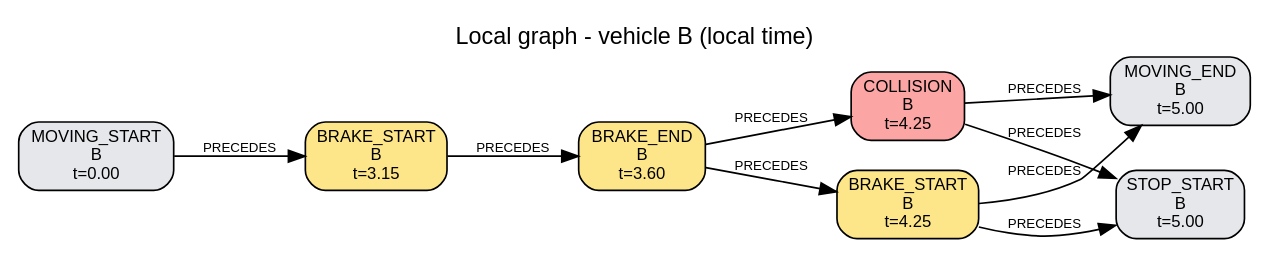
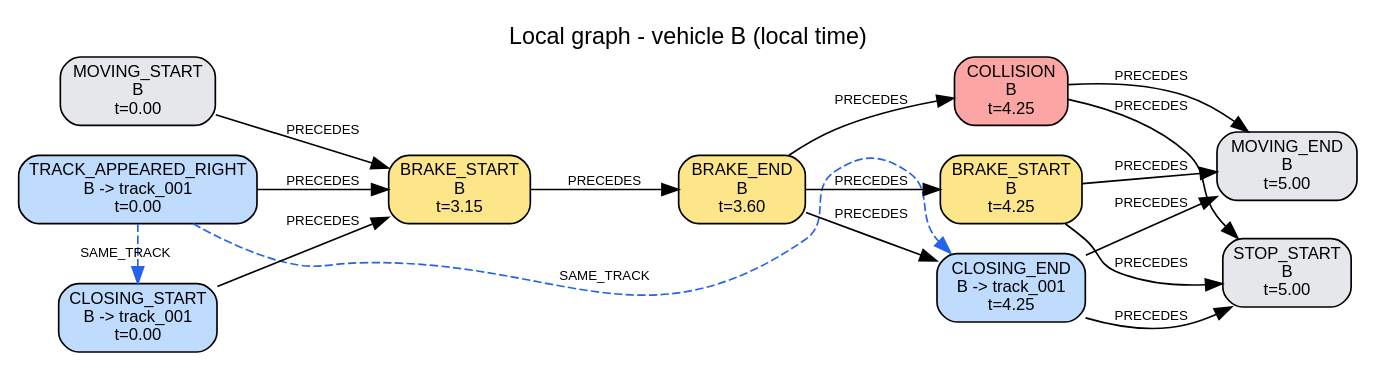
One commit to AndreaBedei1/causaldrive-forensics changed the diagram in traces/S02/run_0_crash/reconstruction/B/local_graph.dot. Above: the diagram before and after it, drawn with Graphviz. The commit also changed 1505 other files, not shown here.

```diff
--- a/traces/S02/run_0_crash/reconstruction/B/local_graph.dot
+++ b/traces/S02/run_0_crash/reconstruction/B/local_graph.dot
@@ -1,22 +1,33 @@
 digraph "local_B" {
   graph [rankdir=LR, labelloc=t, fontname=Helvetica, label="Local graph - vehicle B (local time)"];
   node [shape=box, style="rounded,filled", fontname=Helvetica, fontsize=10];
   edge [fontname=Helvetica, fontsize=8];
   "B:e01" [label="MOVING_START\nB\nt=0.00", fillcolor="#e5e7eb"];
-  "B:e02" [label="BRAKE_START\nB\nt=3.15", fillcolor="#fde68a"];
-  "B:e03" [label="BRAKE_END\nB\nt=3.60", fillcolor="#fde68a"];
-  "B:e04" [label="COLLISION\nB\nt=4.25", fillcolor="#fca5a5"];
-  "B:e05" [label="BRAKE_START\nB\nt=4.25", fillcolor="#fde68a"];
-  "B:e06" [label="MOVING_END\nB\nt=5.00", fillcolor="#e5e7eb"];
-  "B:e07" [label="STOP_START\nB\nt=5.00", fillcolor="#e5e7eb"];
-  {rank=same; "B:e04"; "B:e05";}
-  {rank=same; "B:e06"; "B:e07";}
-  "B:e01" -> "B:e02" [label="PRECEDES"];
-  "B:e02" -> "B:e03" [label="PRECEDES"];
+  "B:e02" [label="TRACK_APPEARED_RIGHT\nB -> track_001\nt=0.00", fillcolor="#bfdbfe"];
+  "B:e03" [label="CLOSING_START\nB -> track_001\nt=0.00", fillcolor="#bfdbfe"];
+  "B:e04" [label="BRAKE_START\nB\nt=3.15", fillcolor="#fde68a"];
+  "B:e05" [label="BRAKE_END\nB\nt=3.60", fillcolor="#fde68a"];
+  "B:e06" [label="COLLISION\nB\nt=4.25", fillcolor="#fca5a5"];
+  "B:e07" [label="CLOSING_END\nB -> track_001\nt=4.25", fillcolor="#bfdbfe"];
+  "B:e08" [label="BRAKE_START\nB\nt=4.25", fillcolor="#fde68a"];
+  "B:e09" [label="MOVING_END\nB\nt=5.00", fillcolor="#e5e7eb"];
+  "B:e10" [label="STOP_START\nB\nt=5.00", fillcolor="#e5e7eb"];
+  {rank=same; "B:e01"; "B:e02"; "B:e03";}
+  {rank=same; "B:e06"; "B:e07"; "B:e08";}
+  {rank=same; "B:e09"; "B:e10";}
+  "B:e01" -> "B:e04" [label="PRECEDES"];
+  "B:e02" -> "B:e04" [label="PRECEDES"];
   "B:e03" -> "B:e04" [label="PRECEDES"];
-  "B:e03" -> "B:e05" [label="PRECEDES"];
-  "B:e04" -> "B:e06" [label="PRECEDES"];
-  "B:e04" -> "B:e07" [label="PRECEDES"];
+  "B:e04" -> "B:e05" [label="PRECEDES"];
   "B:e05" -> "B:e06" [label="PRECEDES"];
   "B:e05" -> "B:e07" [label="PRECEDES"];
+  "B:e05" -> "B:e08" [label="PRECEDES"];
+  "B:e06" -> "B:e09" [label="PRECEDES"];
+  "B:e06" -> "B:e10" [label="PRECEDES"];
+  "B:e07" -> "B:e09" [label="PRECEDES"];
+  "B:e07" -> "B:e10" [label="PRECEDES"];
+  "B:e08" -> "B:e09" [label="PRECEDES"];
+  "B:e08" -> "B:e10" [label="PRECEDES"];
+  "B:e02" -> "B:e03" [label="SAME_TRACK", style=dashed, color="#2563eb", constraint=false];
+  "B:e02" -> "B:e07" [label="SAME_TRACK", style=dashed, color="#2563eb", constraint=false];
 }
```
